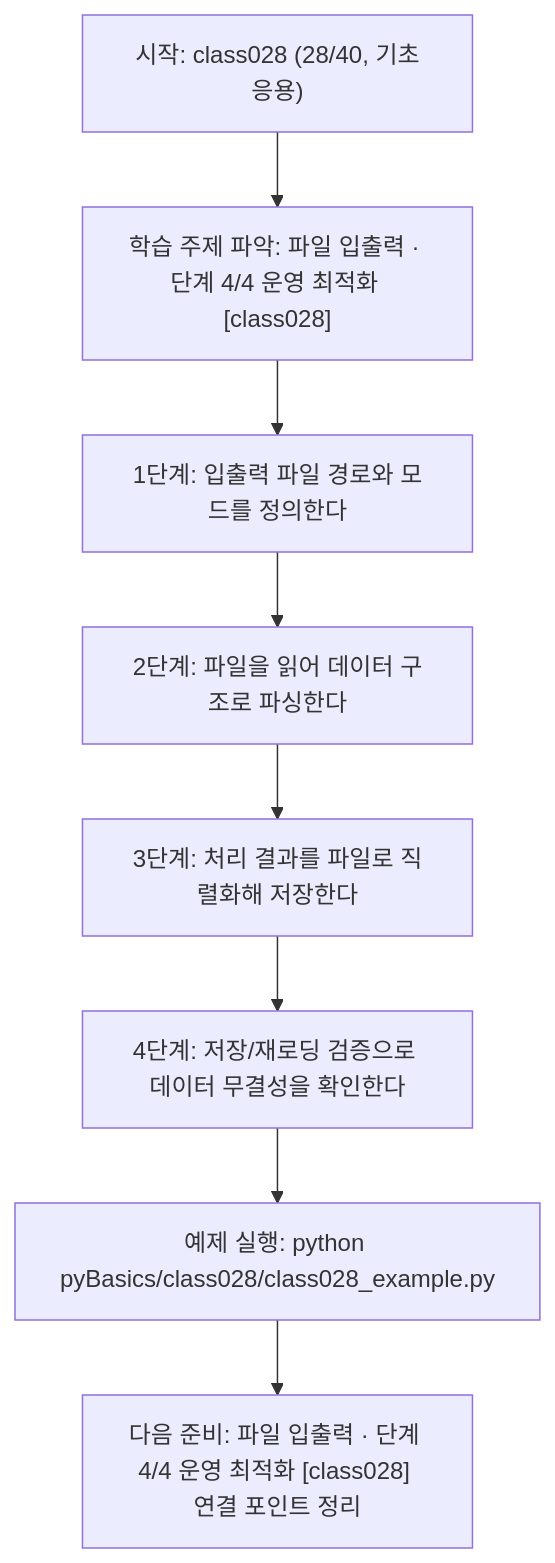
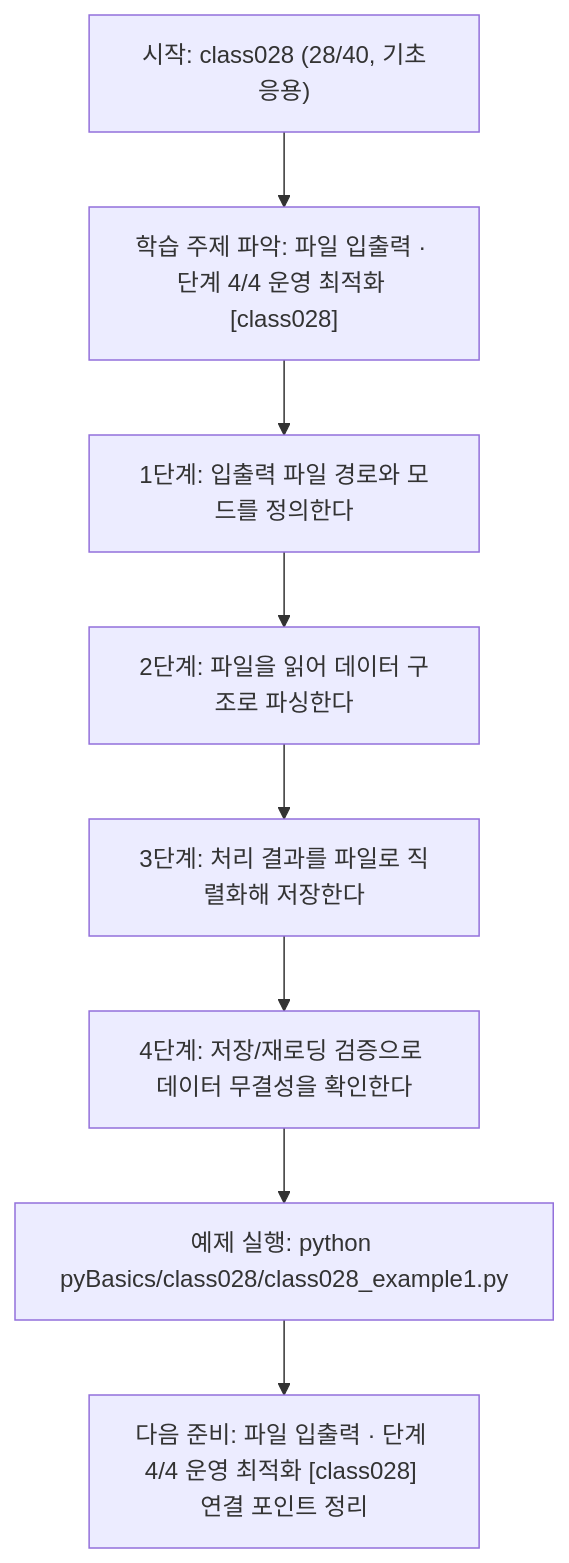
One commit to edumgt/Python-AI_Agent-Class changed the diagram in pyBasics/class028/class028.md. Above: the diagram before and after it, drawn with Mermaid. The commit also changed other lines of this file and 2959 other files, not shown here.

````diff
--- a/pyBasics/class028/class028.md
+++ b/pyBasics/class028/class028.md
@@ -109,18 +109,18 @@
 ```mermaid
 flowchart TD
 N1["시작: class028 (28/40, 기초응용)"]
 N2["학습 주제 파악: 파일 입출력 · 단계 4/4 운영 최적화 [class028]"]
 N3["1단계: 입출력 파일 경로와 모드를 정의한다"]
 N4["2단계: 파일을 읽어 데이터 구조로 파싱한다"]
 N5["3단계: 처리 결과를 파일로 직렬화해 저장한다"]
 N6["4단계: 저장/재로딩 검증으로 데이터 무결성을 확인한다"]
-N7["예제 실행: python pyBasics/class028/class028_example.py"]
+N7["예제 실행: python pyBasics/class028/class028_example1.py"]
 N8["다음 준비: 파일 입출력 · 단계 4/4 운영 최적화 [class028] 연결 포인트 정리"]
 N1 --> N2
 N2 --> N3
 N3 --> N4
 N4 --> N5
 N5 --> N6
 N6 --> N7
 N7 --> N8
 ```
````
